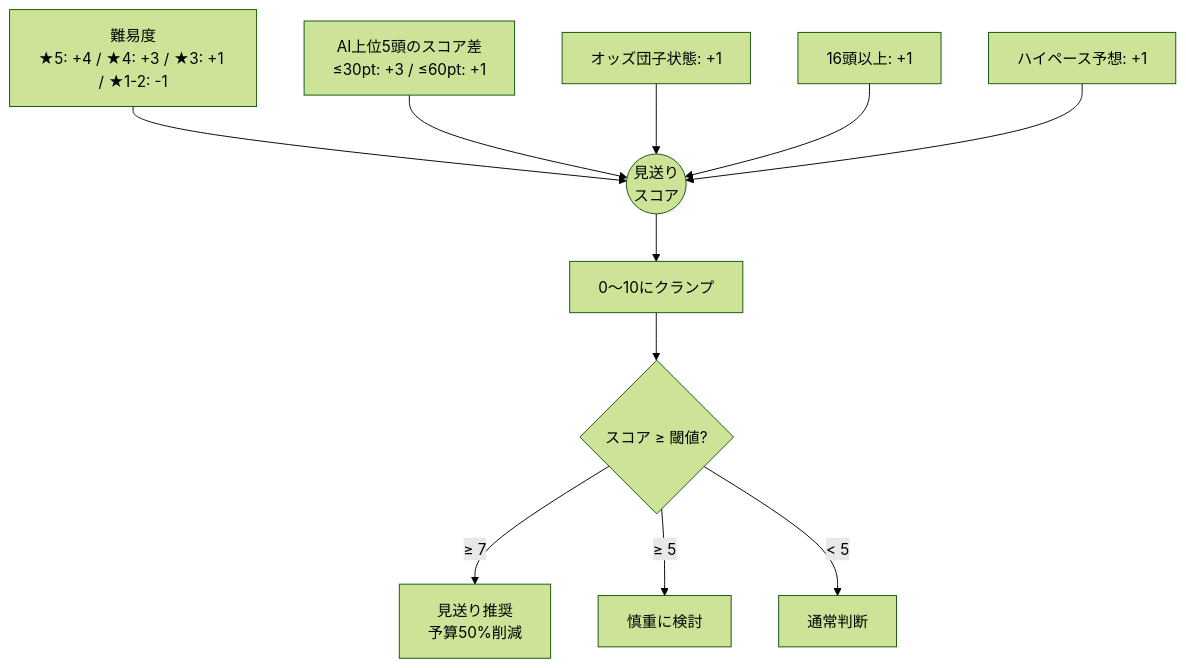
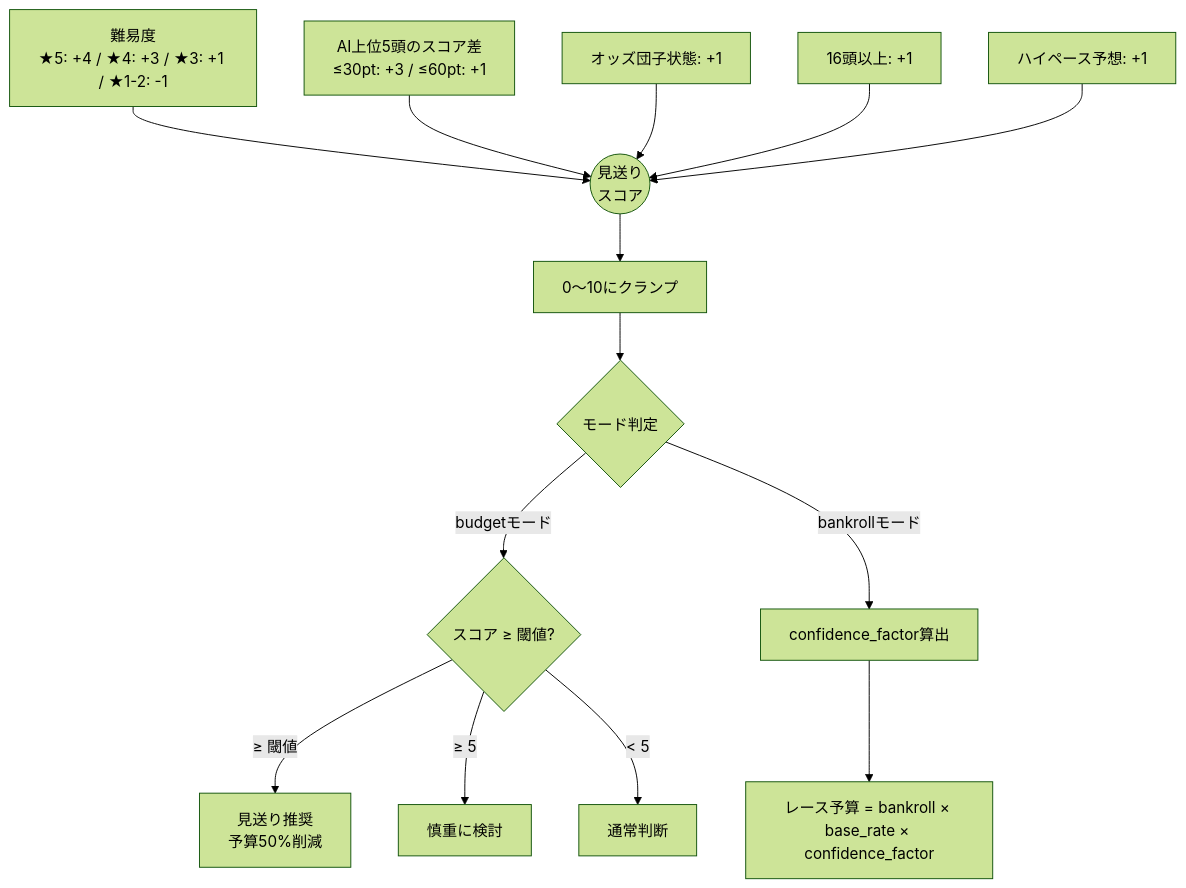
Before and after one commit to foie0222/baken-kaigi: the tenth of 14 diagrams in docs/bet-proposal-logic.md, drawn with Mermaid (forest theme). The commit also changed other lines of this file, not shown here.

````diff
--- a/docs/bet-proposal-logic.md
+++ b/docs/bet-proposal-logic.md
@@ -536,14 +646,19 @@
 ```mermaid
 flowchart TD
     D[難易度<br>★5: +4 / ★4: +3 / ★3: +1 / ★1-2: -1] --> SS((見送り<br>スコア))
     AI[AI上位5頭のスコア差<br>≤30pt: +3 / ≤60pt: +1] --> SS
     OD[オッズ団子状態: +1] --> SS
     MH[16頭以上: +1] --> SS
     HP[ハイペース予想: +1] --> SS
 
     SS --> CLAMP[0〜10にクランプ]
-    CLAMP --> J{スコア ≥ 閾値?}
-    J -->|≥ 7| SKIP[見送り推奨<br>予算50%削減]
+    CLAMP --> MODE{モード判定}
+    MODE -->|budgetモード| J{スコア ≥ 閾値?}
+    MODE -->|bankrollモード| CF[confidence_factor算出]
+
+    J -->|≥ 閾値| SKIP[見送り推奨<br>予算50%削減]
     J -->|≥ 5| CAUTION[慎重に検討]
     J -->|< 5| OK[通常判断]
+
+    CF --> BUDGET[レース予算 = bankroll × base_rate × confidence_factor]
 ```
````
